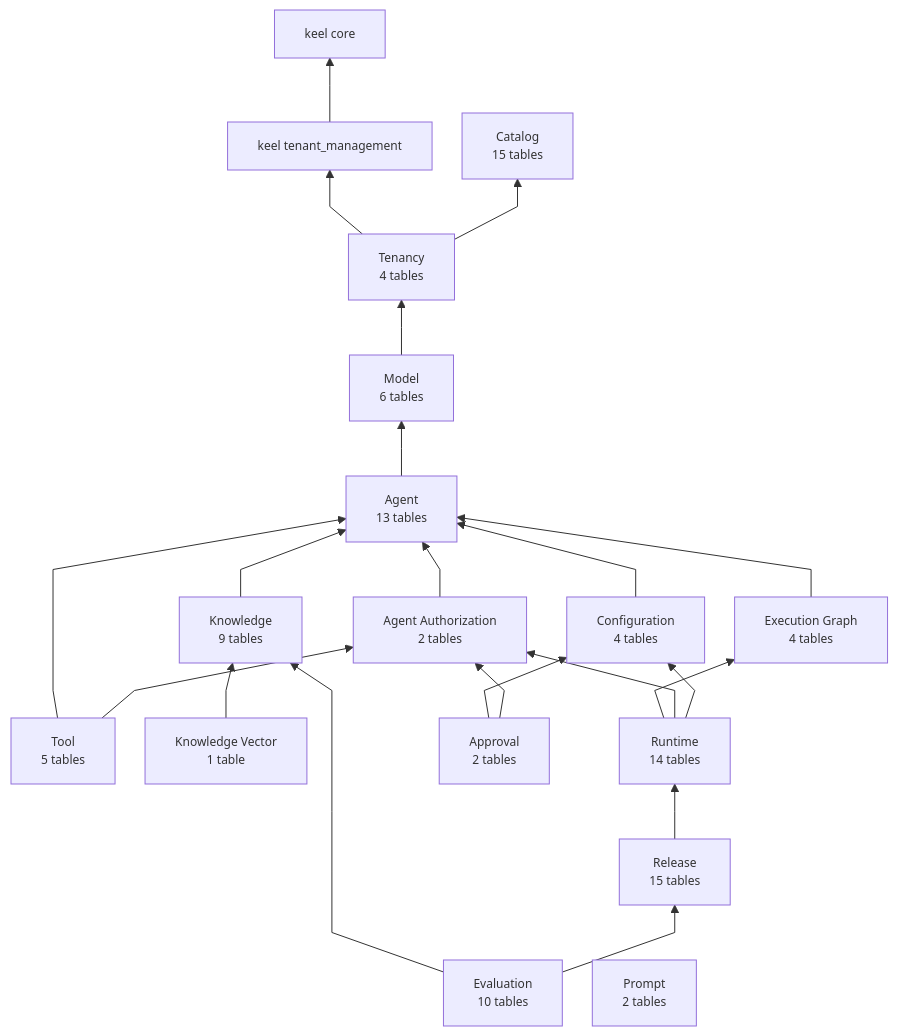
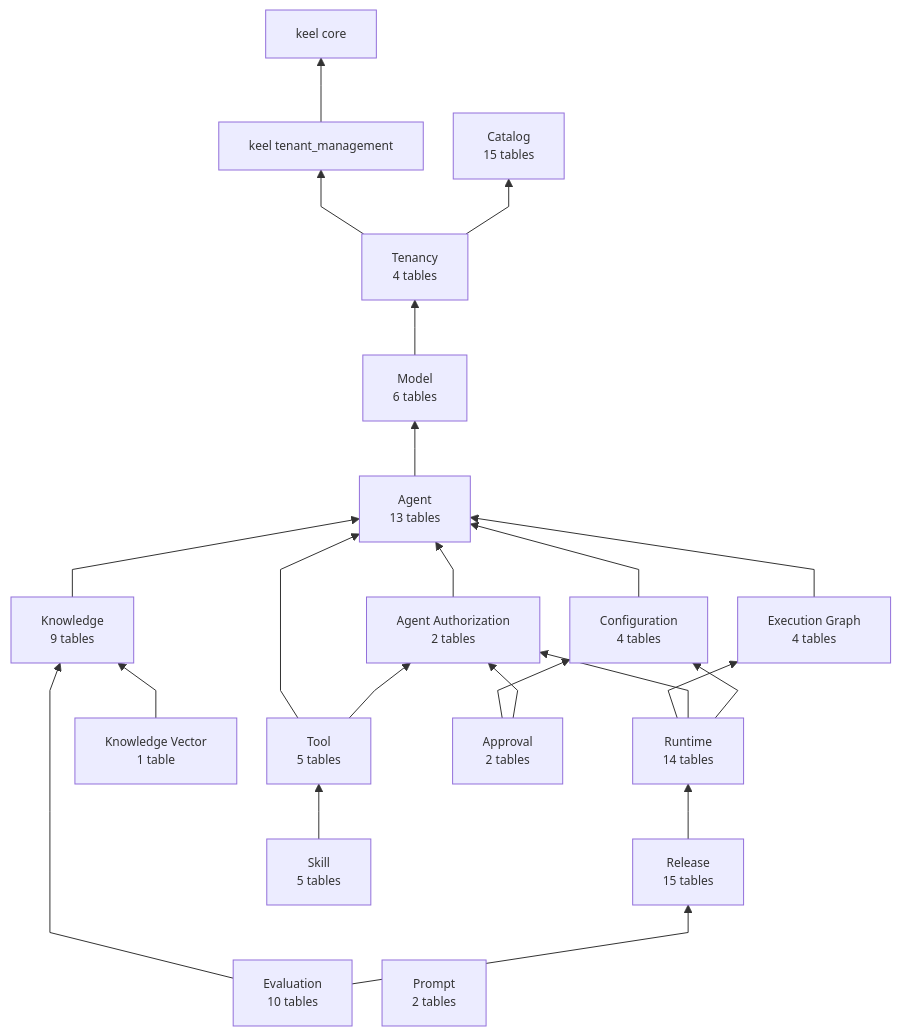
One commit to nauticana/scout changed the first of 17 diagrams in doc/database.md. Above: the diagram before and after it, drawn with Mermaid. The commit also changed other lines of this file and 27 other files, not shown here.

Commit message:
versioned skills: an immutable procedure artifact bound at publish, the use_skill tool, and selection evals; keel v1.2.75

````diff
--- a/doc/database.md
+++ b/doc/database.md
@@ -20,43 +21,45 @@
 ```mermaid
 %%{init: {"flowchart": {"curve": "linear", "nodeSpacing": 30, "rankSpacing": 55, "diagramPadding": 12}, "themeVariables": {"fontSize": "12px"}}}%%
 flowchart BT
 
     tenant_management --> core
     tenancy --> tenant_management
     tenancy --> catalog
     model --> tenancy
     agent --> model
     tool --> agent
     tool --> agent_authorization_module
     knowledge --> agent
     configuration_module --> agent
     execution_graph_module --> agent
     agent_authorization_module --> agent
     knowledge_vector --> knowledge
     runtime --> execution_graph_module
     runtime --> agent_authorization_module
     runtime --> configuration_module
     release --> runtime
     evaluation --> knowledge
     evaluation --> release
     approval --> configuration_module
     approval --> agent_authorization_module
+    skill --> tool
 
     core["keel core"]
     tenant_management["keel tenant_management"]
     catalog["Catalog<br/>15 tables"]
     tenancy["Tenancy<br/>4 tables"]
     prompt["Prompt<br/>2 tables"]
     model["Model<br/>6 tables"]
     agent["Agent<br/>13 tables"]
     tool["Tool<br/>5 tables"]
     execution_graph_module["Execution Graph<br/>4 tables"]
     knowledge["Knowledge<br/>9 tables"]
     knowledge_vector["Knowledge Vector<br/>1 table"]
     runtime["Runtime<br/>14 tables"]
     release["Release<br/>15 tables"]
     evaluation["Evaluation<br/>10 tables"]
     agent_authorization_module["Agent Authorization<br/>2 tables"]
     configuration_module["Configuration<br/>4 tables"]
     approval["Approval<br/>2 tables"]
+    skill["Skill<br/>5 tables"]
 ```
````
